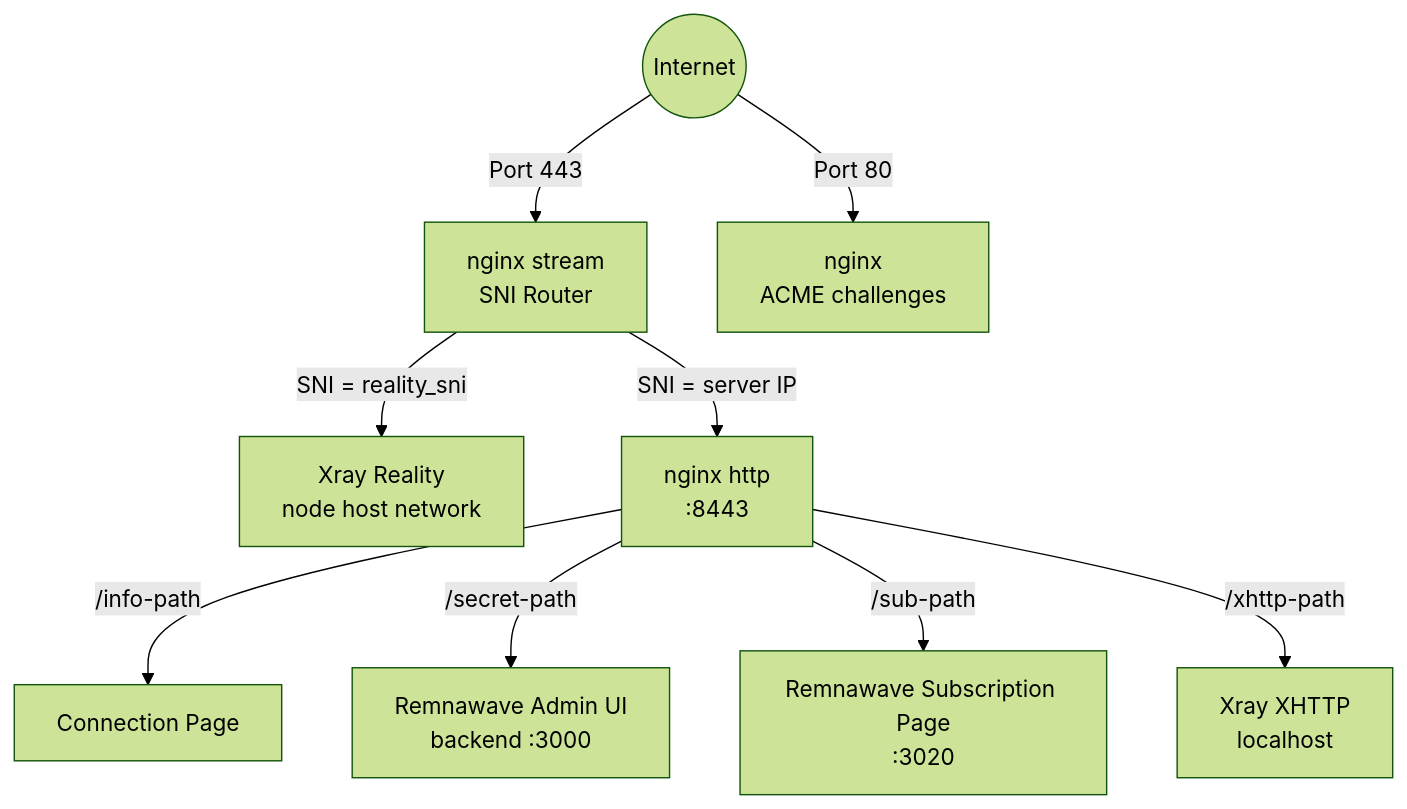
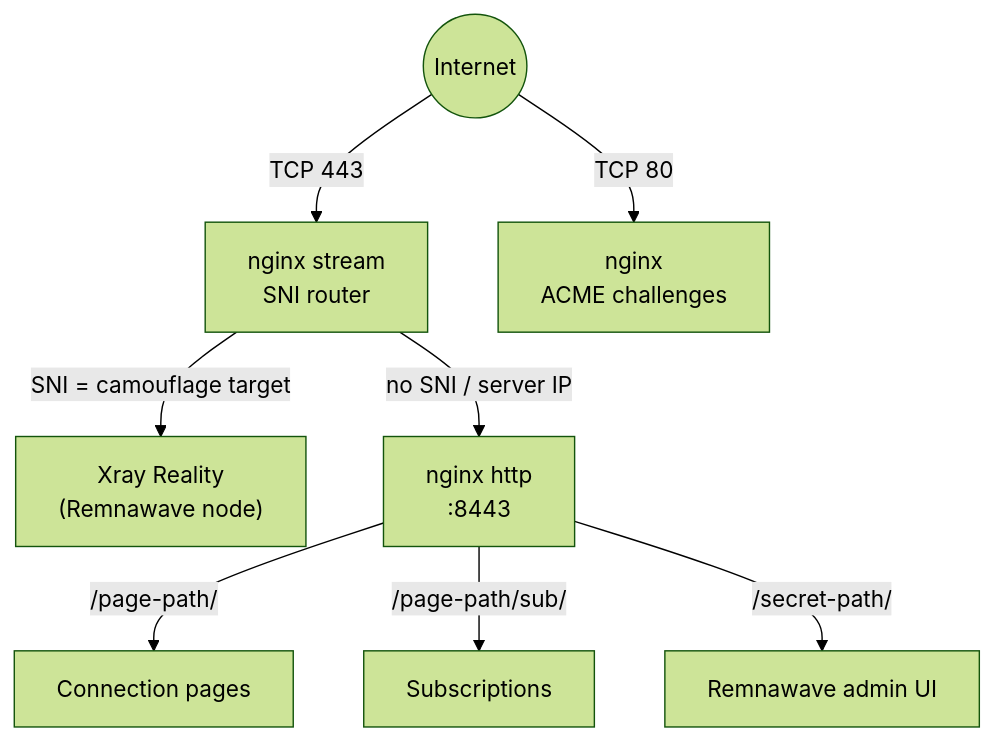
One commit to getmeridian/meridian changed the first of 3 diagrams in website/src/content/docs/en/architecture.md. Above: the diagram before and after it, drawn with Mermaid (forest theme). The commit also changed other lines of this file and 3 other files, not shown here.

First line of the commit message:
Document the 4.0 CLI and architecture without the legacy paths

````diff
--- a/website/src/content/docs/en/architecture.md
+++ b/website/src/content/docs/en/architecture.md
@@ -22,11 +22,10 @@
 ```mermaid
 flowchart TD
-    Internet((Internet)) -->|Port 443| Nginx[nginx stream<br>SNI Router]
-    Nginx -->|"SNI = reality_sni"| XrayReal["Xray Reality<br>node host network"]
-    Nginx -->|"SNI = server IP"| NginxHTTP["nginx http<br>:8443"]
-    NginxHTTP -->|/info-path| Page[Connection Page]
-    NginxHTTP -->|/secret-path| Panel[Remnawave Admin UI<br>backend :3000]
-    NginxHTTP -->|/sub-path| SubPage[Remnawave Subscription Page<br>:3020]
-    NginxHTTP -->|/xhttp-path| XrayXHTTP["Xray XHTTP<br>localhost"]
-    Internet -->|Port 80| NginxACME["nginx<br>ACME challenges"]
+    Internet((Internet)) -->|TCP 443| Nginx[nginx stream<br>SNI router]
+    Nginx -->|"SNI = camouflage target"| XrayReal["Xray Reality<br>(Remnawave node)"]
+    Nginx -->|"no SNI / server IP"| NginxHTTP["nginx http<br>:8443"]
+    NginxHTTP -->|/page-path/| Page[Connection pages]
+    NginxHTTP -->|/page-path/sub/| Sub[Subscriptions]
+    NginxHTTP -->|/secret-path/| Panel[Remnawave admin UI]
+    Internet -->|TCP 80| NginxACME["nginx<br>ACME challenges"]
 ```
````
